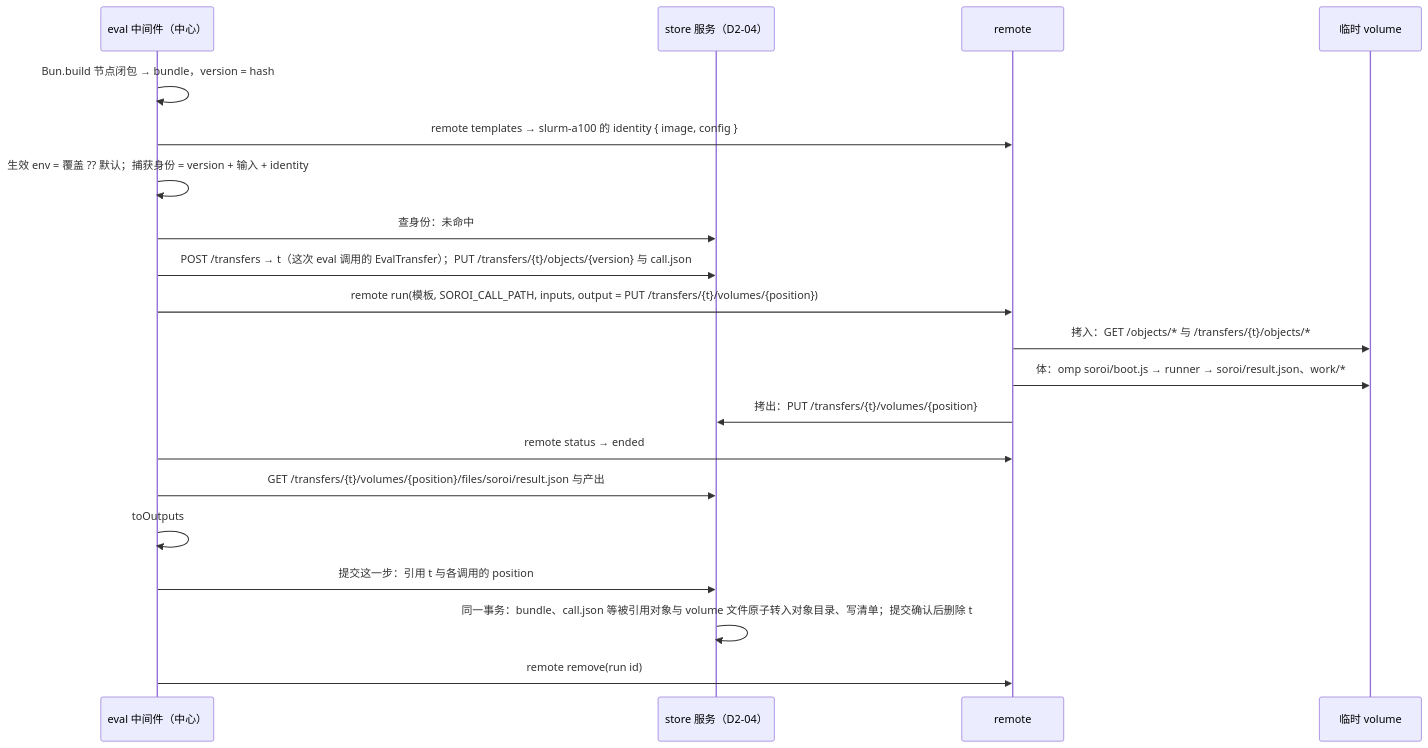
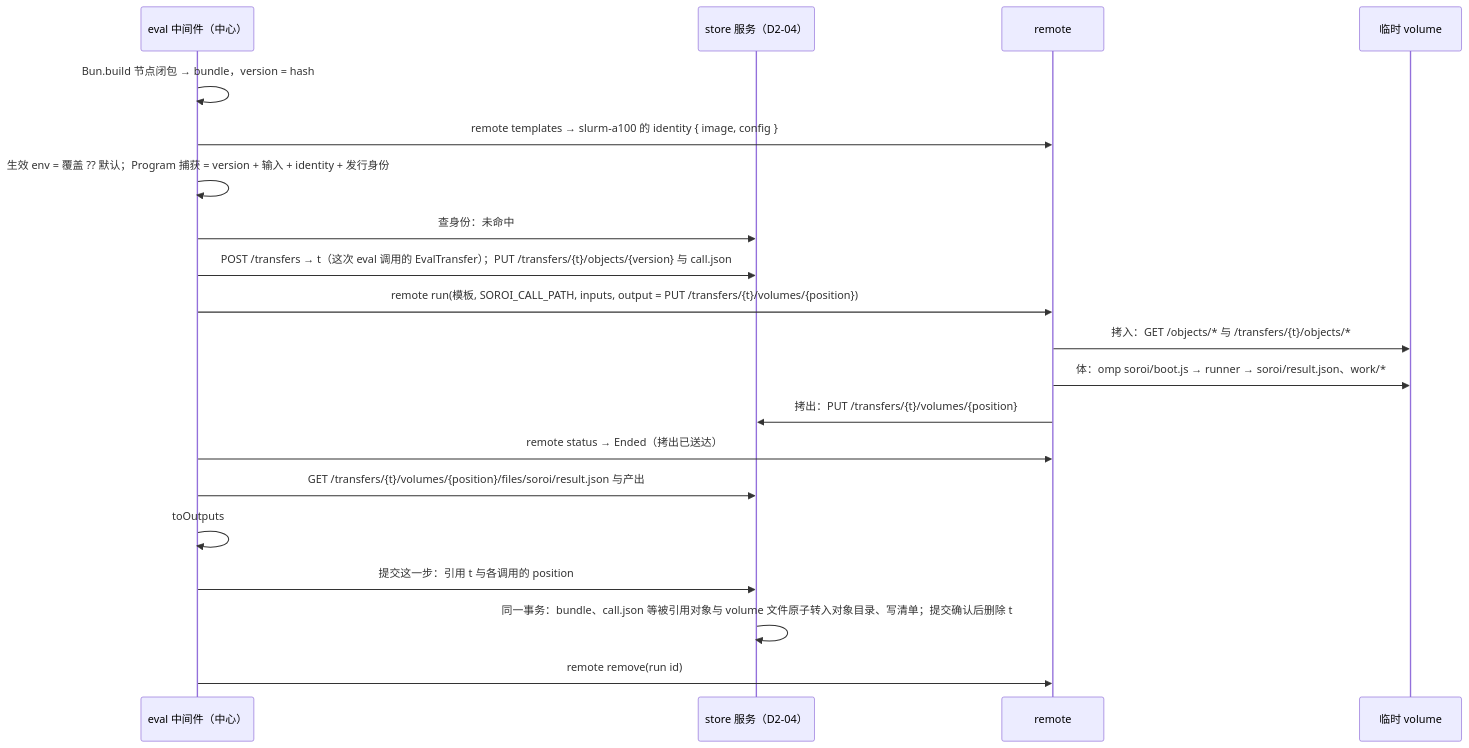
Before and after one commit to Pepgent/PM: the first of 2 diagrams in evidence/decisions/D4-remote-exec.md, drawn with Mermaid. The commit also changed other lines of this file and 10 other files, not shown here.

````diff
--- a/evidence/decisions/D4-remote-exec.md
+++ b/evidence/decisions/D4-remote-exec.md
@@ -249,22 +250,22 @@
 ```mermaid
 sequenceDiagram
     participant E as eval 中间件（中心）
     participant S as store 服务（D2-04）
     participant R as remote
     participant V as 临时 volume
     E->>E: Bun.build 节点闭包 → bundle，version = hash
     E->>R: remote templates → slurm-a100 的 identity { image, config }
-    E->>E: 生效 env = 覆盖 ?? 默认；捕获身份 = version + 输入 + identity
+    E->>E: 生效 env = 覆盖 ?? 默认；Program 捕获 = version + 输入 + identity + 发行身份
     E->>S: 查身份：未命中
     E->>S: POST /transfers → t（这次 eval 调用的 EvalTransfer）；PUT /transfers/{t}/objects/{version} 与 call.json
     E->>R: remote run(模板, SOROI_CALL_PATH, inputs, output = PUT /transfers/{t}/volumes/{position})
     R->>V: 拷入：GET /objects/* 与 /transfers/{t}/objects/*
     R->>V: 体：omp soroi/boot.js → runner → soroi/result.json、work/*
     R->>S: 拷出：PUT /transfers/{t}/volumes/{position}
-    E->>R: remote status → ended
+    E->>R: remote status → Ended（拷出已送达）
     E->>S: GET /transfers/{t}/volumes/{position}/files/soroi/result.json 与产出
     E->>E: toOutputs
     E->>S: 提交这一步：引用 t 与各调用的 position
     S->>S: 同一事务：bundle、call.json 等被引用对象与 volume 文件原子转入对象目录、写清单；提交确认后删除 t
     E->>R: remote remove(run id)
 ```
````
